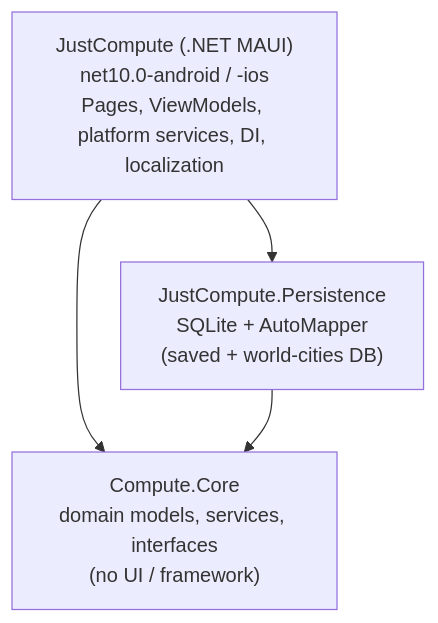
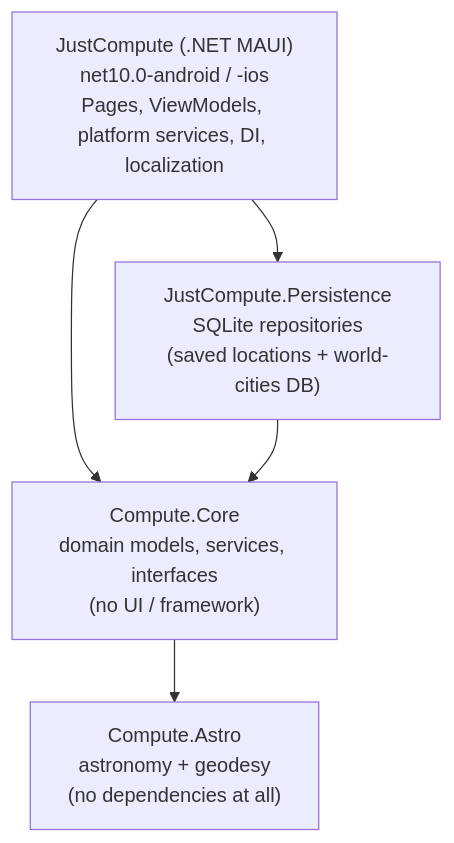
The diagram in README.md (alfamizar/Coordi), drawn with Mermaid before and after one commit. The commit also changed other lines of this file and 14 other files, not shown here.

````diff
--- a/README.md
+++ b/README.md
@@ -94,9 +111,11 @@
 ```mermaid
 flowchart TD
     MAUI["JustCompute (.NET MAUI)<br/>net10.0-android / -ios<br/>Pages, ViewModels, platform services, DI, localization"]
-    PERS["JustCompute.Persistence<br/>SQLite + AutoMapper<br/>(saved + world-cities DB)"]
+    PERS["JustCompute.Persistence<br/>SQLite repositories<br/>(saved locations + world-cities DB)"]
     CORE["Compute.Core<br/>domain models, services, interfaces<br/>(no UI / framework)"]
+    ASTRO["Compute.Astro<br/>astronomy + geodesy<br/>(no dependencies at all)"]
     MAUI --> PERS
     MAUI --> CORE
     PERS --> CORE
+    CORE --> ASTRO
 ```
````
